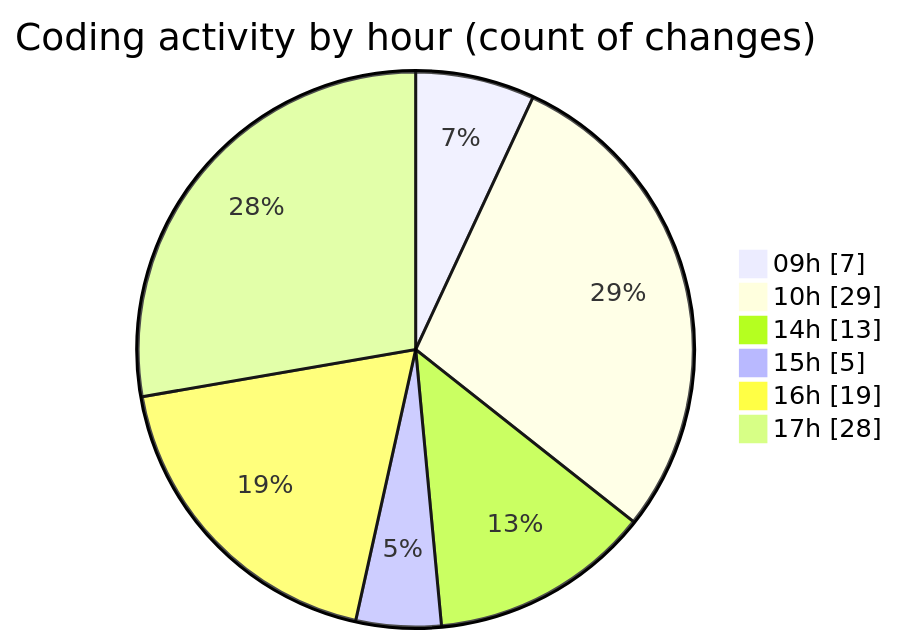
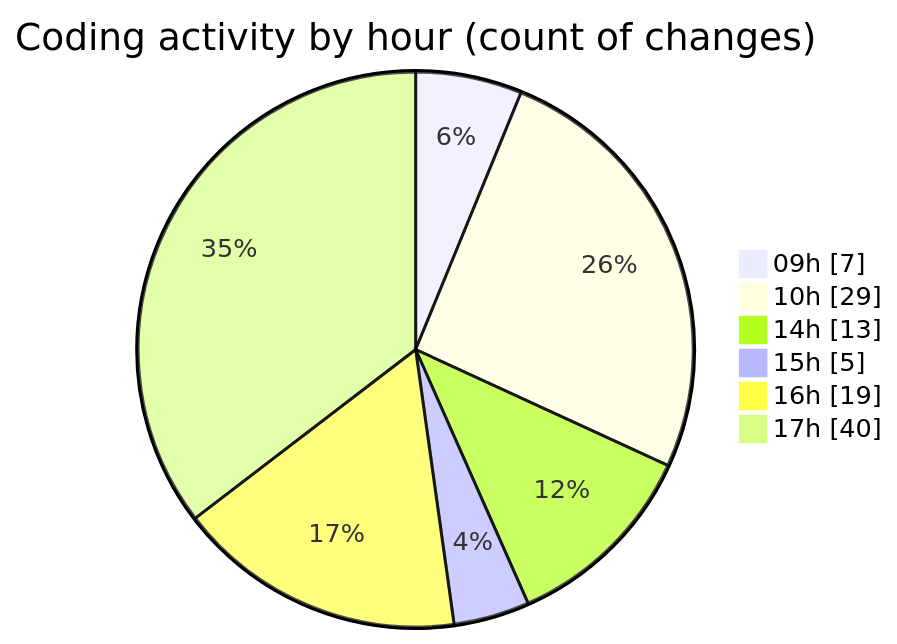
Before and after one commit to momahboobian/code-tracking: the second of 2 diagrams in 2025-06-16/cda/README.md, drawn with Mermaid. The commit also changed other lines of this file and 1 other file, not shown here.

````diff
--- a/2025-06-16/cda/README.md
+++ b/2025-06-16/cda/README.md
@@ -46,10 +47,10 @@
 ```mermaid
 pie showData
 title Coding activity by hour (count of changes)
 "09h" : 7
 "10h" : 29
 "14h" : 13
 "15h" : 5
 "16h" : 19
-"17h" : 28
+"17h" : 40
 ```
````
